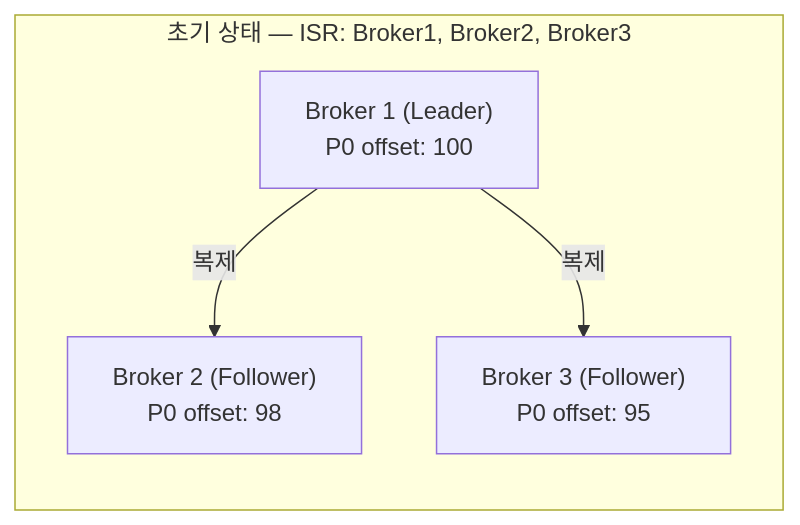
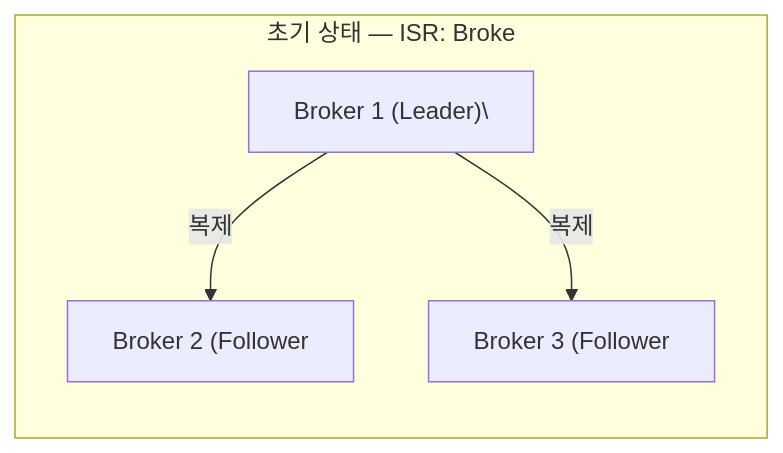
One commit to yjkim2015/yjkim2015.github.io changed the first of 21 diagrams in _posts/kafka/2026-05-01-kafka-extreme-scenarios.md. Above: the diagram before and after it, drawn with Mermaid. The commit also changed other lines of this file and 271 other files, not shown here.

First line of the commit message:
Mermaid 라벨 축소: 긴 노드 텍스트 18자 이하로 트림 + \n 제거

````diff
--- a/_posts/kafka/2026-05-01-kafka-extreme-scenarios.md
+++ b/_posts/kafka/2026-05-01-kafka-extreme-scenarios.md
@@ -24,10 +24,10 @@
 ```mermaid
 graph LR
-    subgraph initial["초기 상태 — ISR: Broker1, Broker2, Broker3"]
-        B1["Broker 1 (Leader)\nP0 offset: 100"]
-        B2["Broker 2 (Follower)\nP0 offset: 98"]
-        B3["Broker 3 (Follower)\nP0 offset: 95"]
+    subgraph initial["초기 상태 — ISR: Broke"]
+        B1["Broker 1 (Leader)\"]
+        B2["Broker 2 (Follower"]
+        B3["Broker 3 (Follower"]
         B1 -->|복제| B2
         B1 -->|복제| B3
     end
 ```
````
